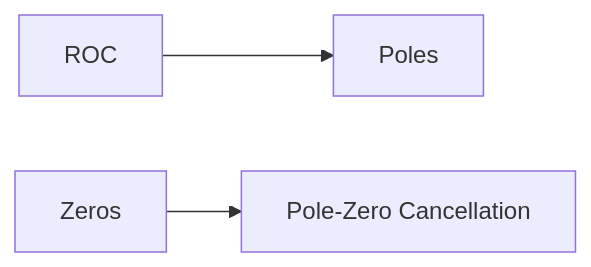
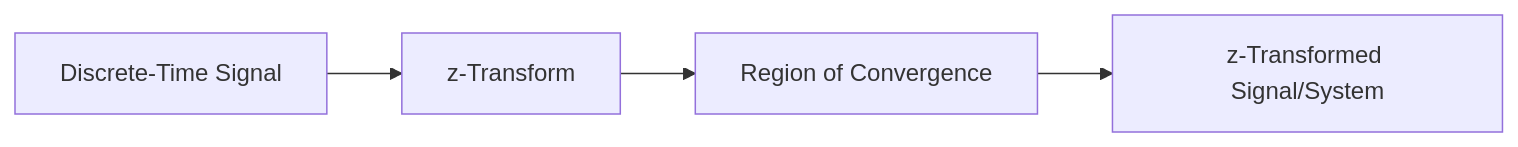
One commit to imxade/dontCompete changed the diagram in frontend/public/assets/gate/ee/signal/z-transform.md. Above: the diagram before and after it, drawn with Mermaid. The commit also changed other lines of this file and 4395 other files, not shown here.

````diff
--- a/frontend/public/assets/gate/ee/signal/z-transform.md
+++ b/frontend/public/assets/gate/ee/signal/z-transform.md
@@ -60,5 +102,6 @@
 ```mermaid
 graph LR
-A[ROC] --> B[Poles]
-C[Zeros] --> D[Pole-Zero Cancellation]
+A[Discrete-Time Signal] --> B[z-Transform]
+B --> C[Region of Convergence]
+C --> D[z-Transformed Signal/System]
 ```
````
